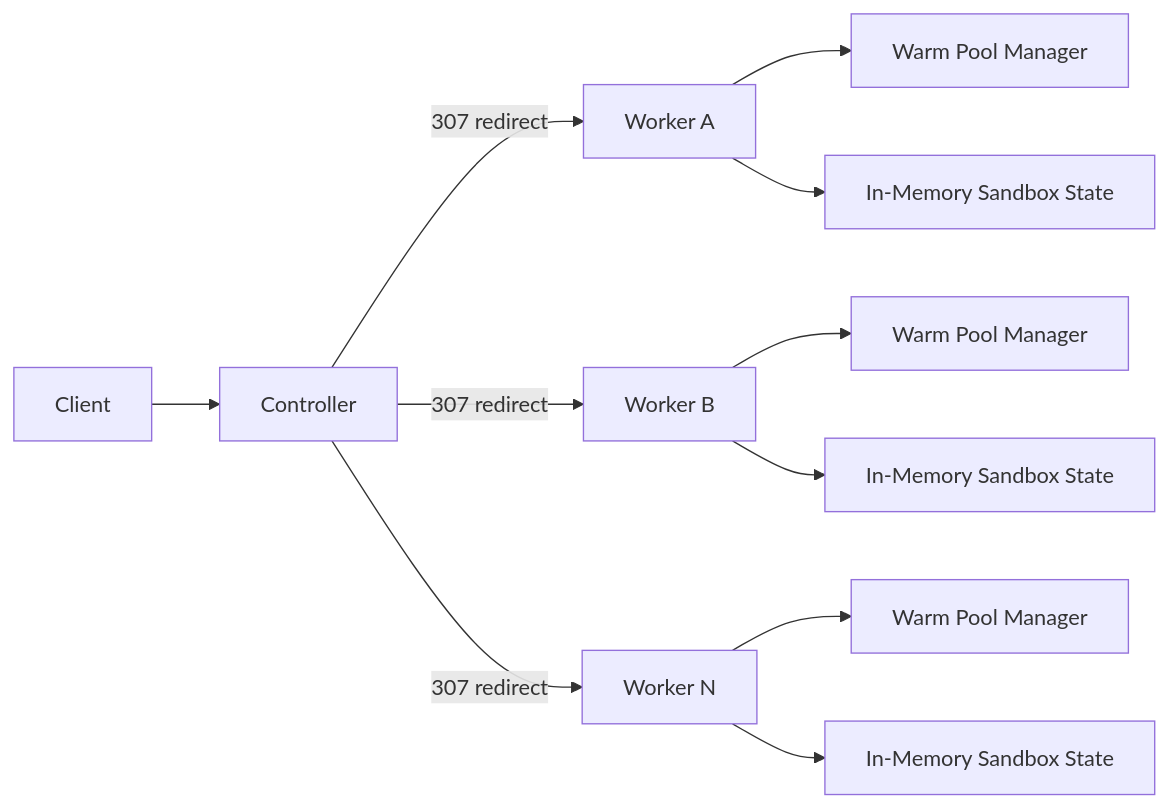
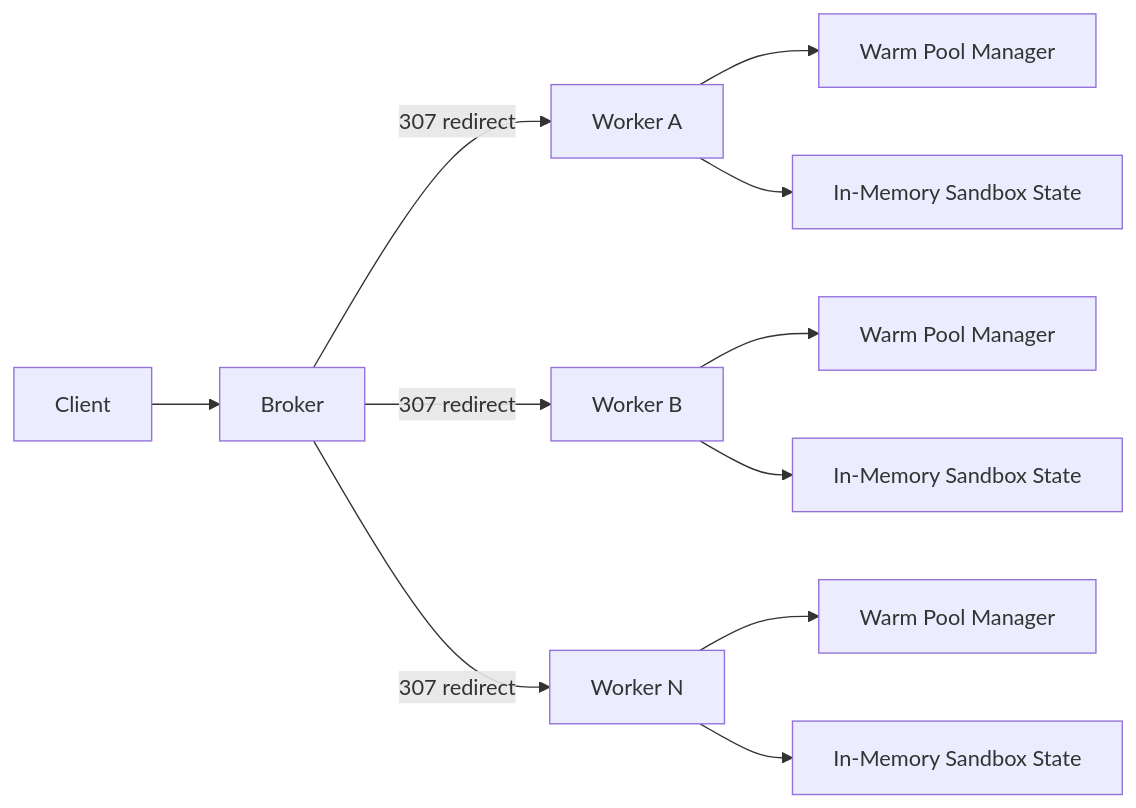
Before and after one commit to cirruslabs/traforato: the first of 3 diagrams in README.md, drawn with Mermaid. The commit also changed other lines of this file and 11 other files, not shown here.

First line of the commit message:
Refactor controller service to broker (#3)

````diff
--- a/README.md
+++ b/README.md
@@ -15,13 +15,13 @@
 ```mermaid
 flowchart LR
-  Client["Client"] --> Controller["Controller"]
-  Controller -->|307 redirect| WorkerA["Worker A"]
-  Controller -->|307 redirect| WorkerB["Worker B"]
-  Controller -->|307 redirect| WorkerN["Worker N"]
+  Client["Client"] --> Broker["Broker"]
+  Broker -->|307 redirect| WorkerA["Worker A"]
+  Broker -->|307 redirect| WorkerB["Worker B"]
+  Broker -->|307 redirect| WorkerN["Worker N"]
   WorkerA --> WarmA["Warm Pool Manager"]
   WorkerA --> StateA["In-Memory Sandbox State"]
   WorkerB --> WarmB["Warm Pool Manager"]
   WorkerB --> StateB["In-Memory Sandbox State"]
   WorkerN --> WarmN["Warm Pool Manager"]
   WorkerN --> StateN["In-Memory Sandbox State"]
 ```
````
